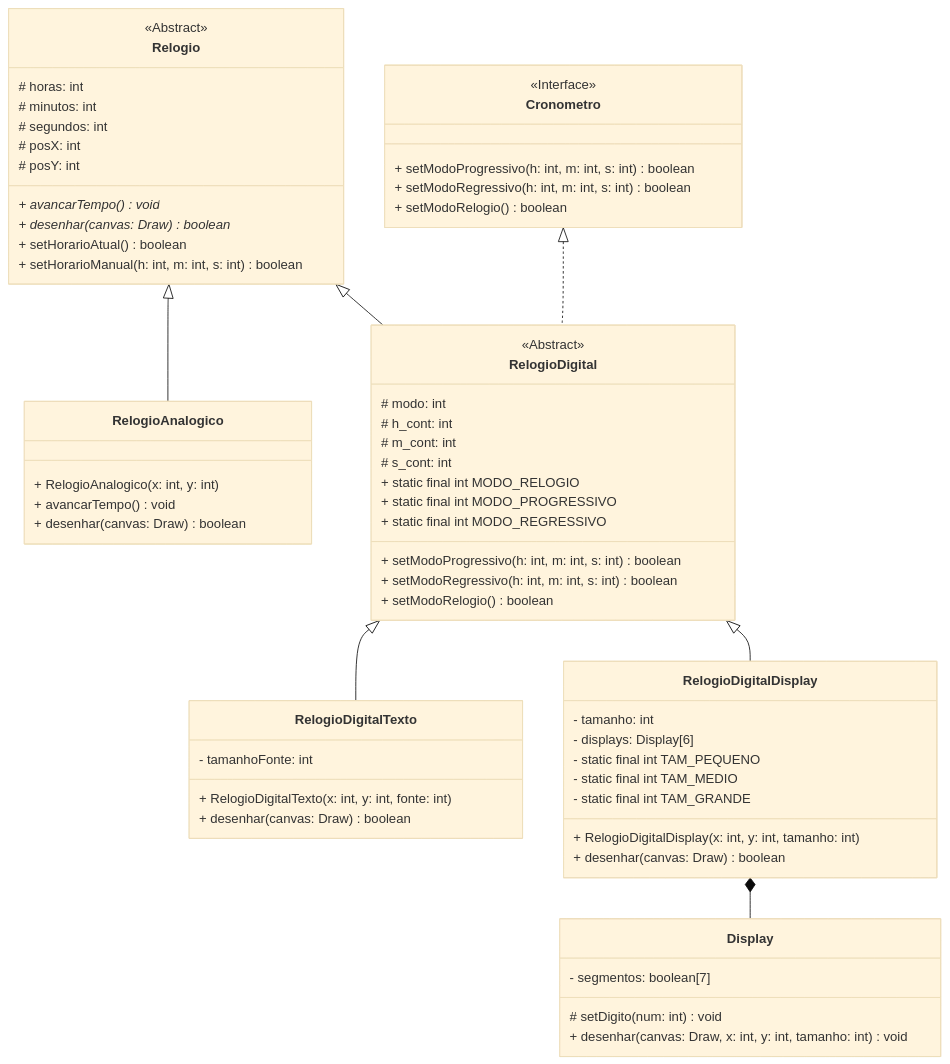
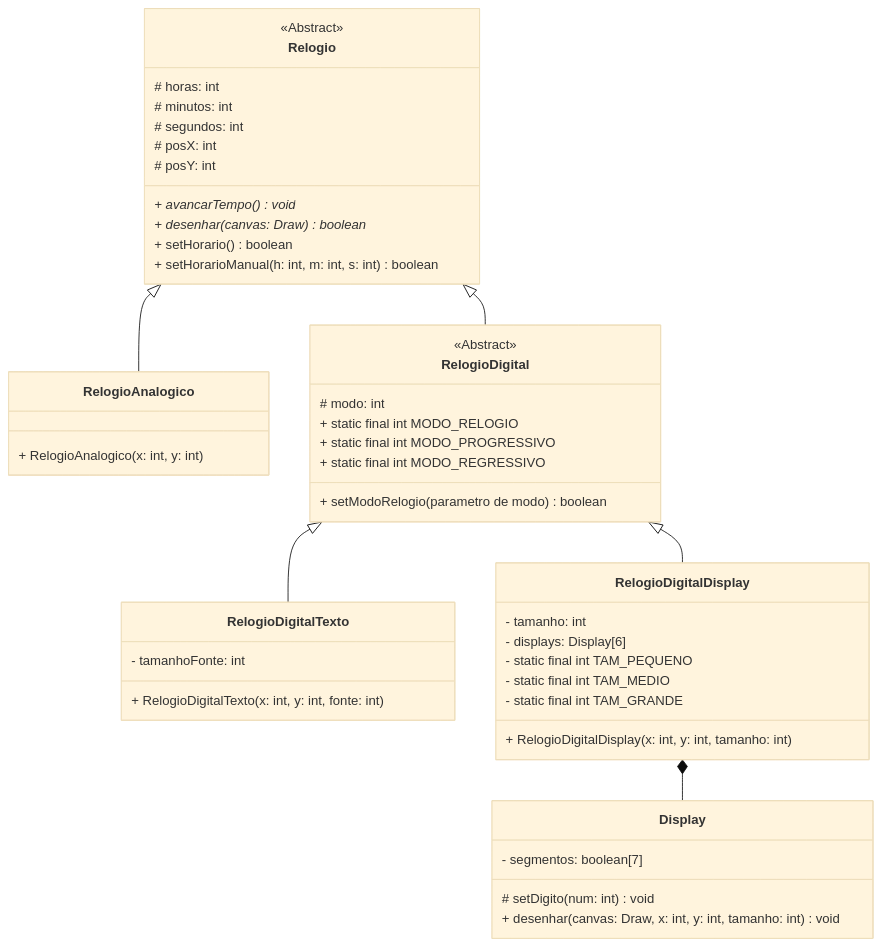
The diagram in lab06/README.md (hiagosantos60/POO), drawn with Mermaid (base theme) before and after one commit. The commit also changed 16 other files, not shown here.

````diff
--- a/lab06/README.md
+++ b/lab06/README.md
@@ -8,74 +8,58 @@
 ``` mermaid
 classDiagram
 
     Relogio <|-- RelogioAnalogico
     Relogio <|-- RelogioDigital
-    Cronometro <|.. RelogioDigital
     RelogioDigital <|-- RelogioDigitalTexto
     RelogioDigital <|-- RelogioDigitalDisplay
     RelogioDigitalDisplay *-- Display
 
-    class Cronometro {
-        <<Interface>>
-        + setModoProgressivo(h: int, m: int, s: int) boolean
-        + setModoRegressivo(h: int, m: int, s: int) boolean
-        + setModoRelogio() boolean
-    }
 
     class Relogio {
         <<Abstract>>
         # horas: int
         # minutos: int
         # segundos: int
         # posX: int
         # posY: int
         + avancarTempo()* void
         + desenhar(canvas: Draw)* boolean
-        + setHorarioAtual() boolean
+        + setHorario() boolean
         + setHorarioManual(h: int, m: int, s: int) boolean
     }
 
     class RelogioDigital {
         <<Abstract>>
         # modo: int
-        # h_cont: int
-        # m_cont: int
-        # s_cont: int
         + static final int MODO_RELOGIO
         + static final int MODO_PROGRESSIVO
         + static final int MODO_REGRESSIVO
-        + setModoProgressivo(h: int, m: int, s: int) boolean
-        + setModoRegressivo(h: int, m: int, s: int) boolean
-        + setModoRelogio() boolean
+        + setModoRelogio(parametro de modo) boolean
     }
 
     class RelogioAnalogico {
         + RelogioAnalogico(x: int, y: int)
-        + avancarTempo() void
-        + desenhar(canvas: Draw) boolean
     }
 
     class RelogioDigitalTexto {
         - tamanhoFonte: int
         + RelogioDigitalTexto(x: int, y: int, fonte: int)
-        + desenhar(canvas: Draw) boolean
     }
 
     class RelogioDigitalDisplay {
         - tamanho: int
         - displays: Display[6]
         - static final int TAM_PEQUENO
         - static final int TAM_MEDIO
         - static final int TAM_GRANDE
         + RelogioDigitalDisplay(x: int, y: int, tamanho: int)
-        + desenhar(canvas: Draw) boolean
     }
 
     class Display {
         - segmentos: boolean[7]
         # setDigito(num: int) void
         + desenhar(canvas: Draw, x: int, y: int, tamanho: int) void
     }
 
 
 ```
````
